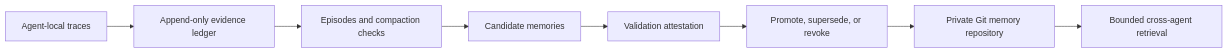
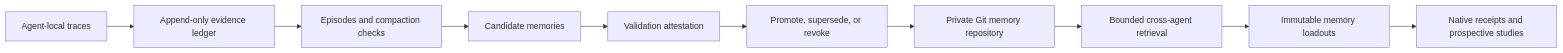
Before and after one commit to rrrrrredy/agent-memory-system: the diagram in README.md, drawn with Mermaid. The commit also changed other lines of this file and 107 other files, not shown here.

````diff
--- a/README.md
+++ b/README.md
@@ -30,10 +32,12 @@
 ```mermaid
 flowchart LR
     A["Agent-local traces"] --> B["Append-only evidence ledger"]
     B --> C["Episodes and compaction checks"]
     C --> D["Candidate memories"]
     D --> E["Validation attestation"]
     E --> F["Promote, supersede, or revoke"]
     F --> G["Private Git memory repository"]
     G --> H["Bounded cross-agent retrieval"]
+    H --> I["Immutable memory loadouts"]
+    I --> J["Native receipts and prospective studies"]
 ```
````
